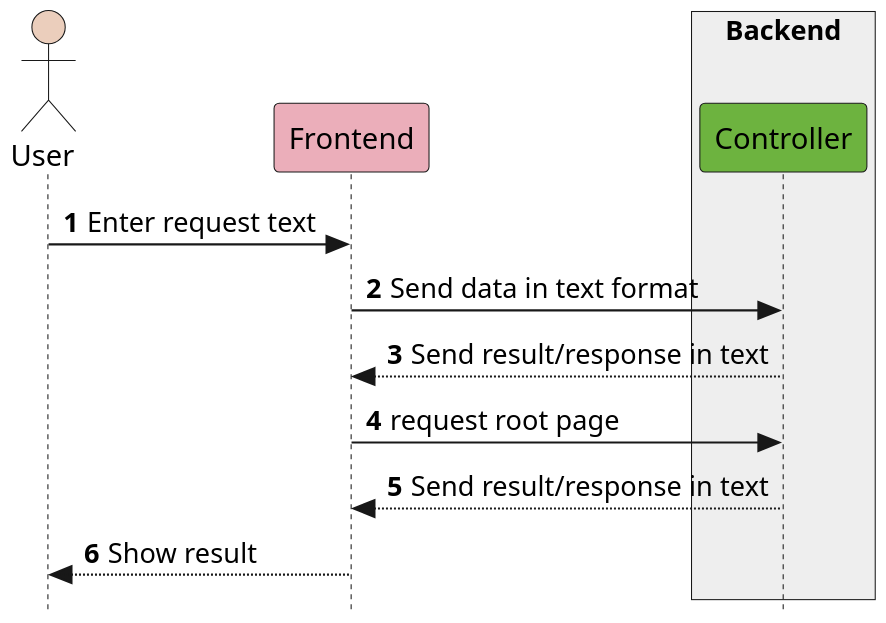
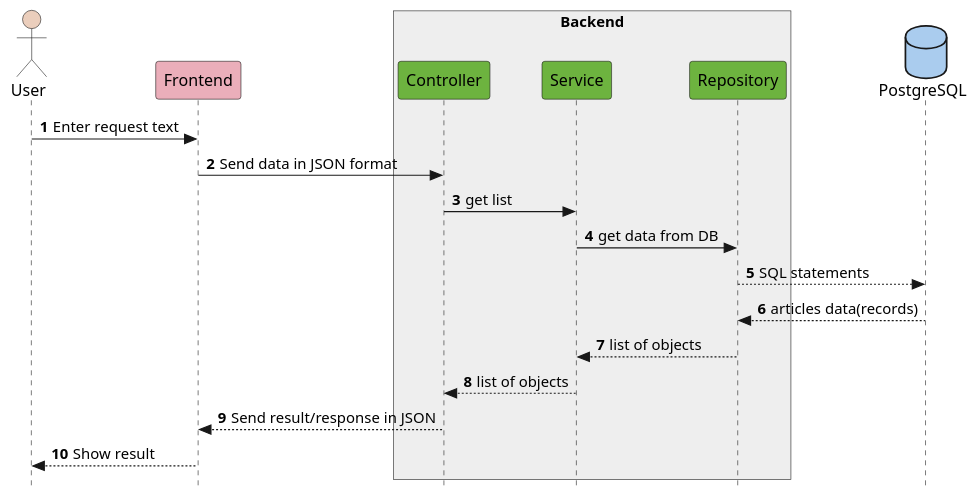
Before and after one commit to volodink/spring-demo-app: the diagram in diagrams/spring_boot_seq.puml, drawn with PlantUML. The commit also changed 13 other files, not shown here.

```diff
--- a/diagrams/spring_boot_seq.puml
+++ b/diagrams/spring_boot_seq.puml
@@ -1,40 +1,31 @@
 @startuml
-skinparam dpi 200
+skinparam dpi 110
 skinparam style strictuml
 autonumber
 
 actor User #ebcebc
 
 participant Frontend #ebaeba
 'participant Backend #6db33f
 
 box "Backend" #eeeeee
  participant Controller #6db33f
-' participant Service #6db33f
+ participant Service #6db33f
 ' participant Repository #6db33f
-' participant DBMS
+ participant Repository #6db33f
+end box
+
+database PostgreSQL #aaccee
 
 User -> Frontend : Enter request text
-Frontend -> Controller : Send data in text format
-
-' Browser -> Frontend: Click link
-' Frontend -> Controller : POST /users
-
-' Controller -> Service : save user
-' Service -> Repository : repository.save()
-' Repository -> DBMS : saves user by exec SQL insert
-
-' DBMS --> Repository
-
-' Repository --> Service
-' Service --> Controller
-' Controller --> Frontend
-
-Controller --> Frontend : Send result/response in text
-
-Frontend -> Controller : request root page
-Controller --> Frontend : Send result/response in text
-
+Frontend -> Controller : Send data in JSON format
+Controller -> Service : get list
+Service -> Repository : get data from DB
+Repository --> PostgreSQL : SQL statements
+PostgreSQL --> Repository : articles data(records)
+Repository --> Service : list of objects
+Service --> Controller : list of objects
+Controller --> Frontend : Send result/response in JSON
 Frontend --> User: Show result
 
 @enduml
```
